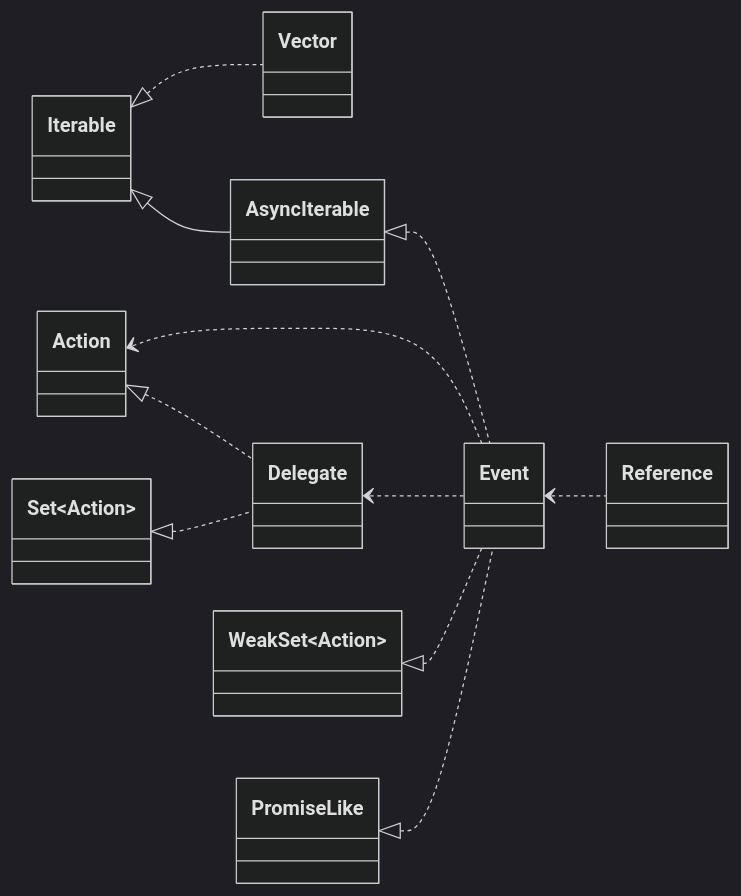
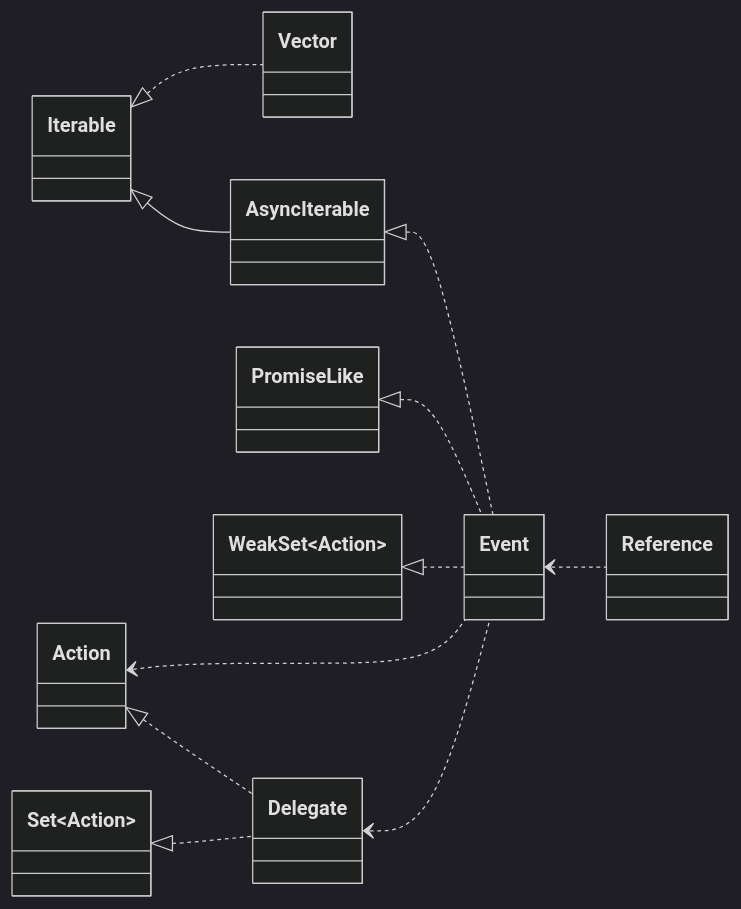
Before and after one commit to domrally/peekeasy: the fourth of 4 diagrams in README.md, drawn with Mermaid (dark theme). The commit also changed other lines of this file, not shown here.

````diff
--- a/README.md
+++ b/README.md
@@ -204,20 +204,20 @@
 ```mermaid
 classDiagram
     direction LR
     Iterable <|.. Vector
     Iterable <|-- AsyncIterable
     AsyncIterable <|.. Event
+    PromiseLike <|.. Event
+    WeakSet~Action~ <|.. Event
     Action <.. Event
     Action <|.. Delegate
     Set~Action~ <|.. Delegate
     Delegate <.. Event
-    WeakSet~Action~ <|.. Event
-    PromiseLike <|.. Event
     Event <.. Reference
     class Delegate
     link Delegate "https://github.com/domrally/peekeasy/blob/main/src/delegate.ts" "delegate.ts"
     class Event
     link Event "https://github.com/domrally/peekeasy/blob/main/src/event.ts" "event.ts"
     class Vector
     link Vector "https://github.com/domrally/peekeasy/blob/main/src/vector.ts" "vector.ts"
 ```
````
